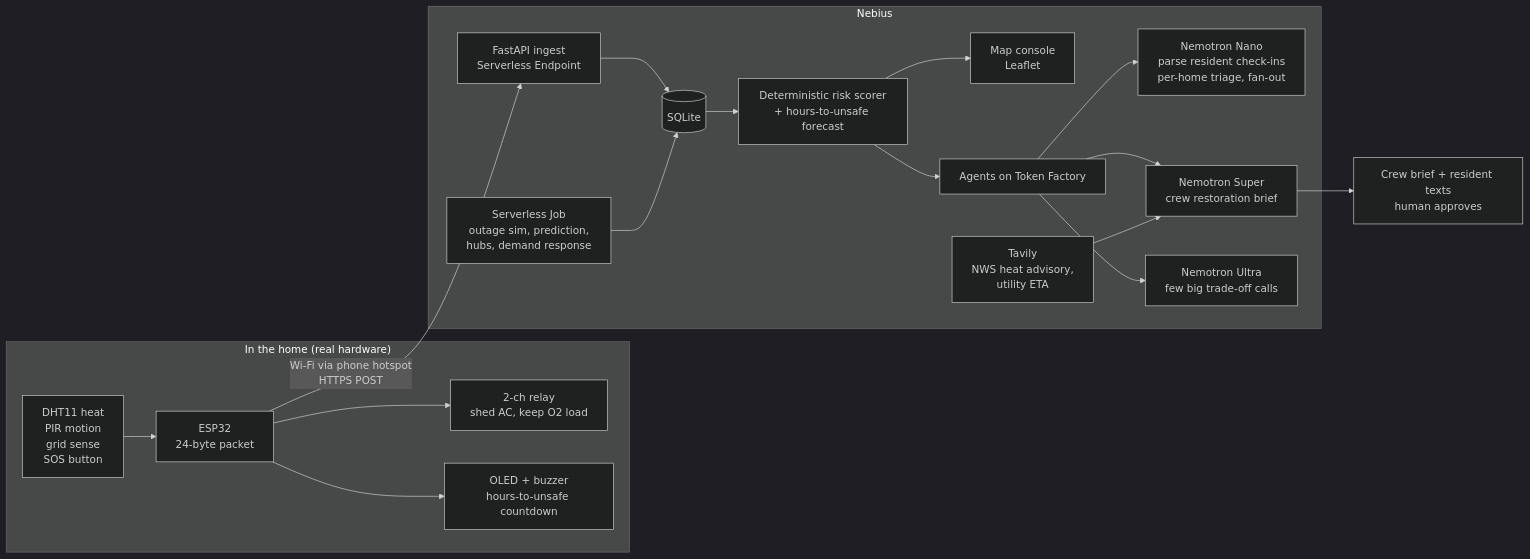
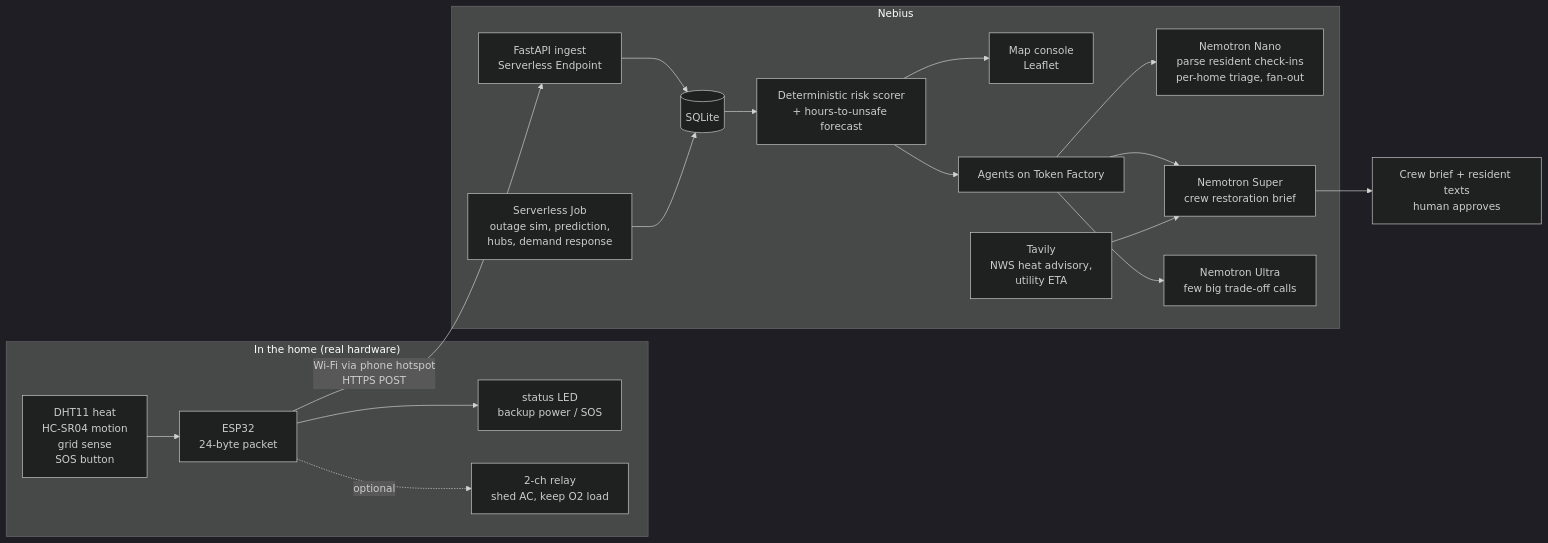
One commit to kateye31/nvidianebius-hackathon changed the diagram in docs/ARCHITECTURE.md. Above: the diagram before and after it, drawn with Mermaid (dark theme). The commit also changed other lines of this file and 4 other files, not shown here.

Commit message:
docs: honest limits, 60-second demo script, final timeline

````diff
--- a/docs/ARCHITECTURE.md
+++ b/docs/ARCHITECTURE.md
@@ -5,22 +5,22 @@
 ```mermaid
 flowchart LR
   subgraph Home["In the home (real hardware)"]
-    S[DHT11 heat<br/>PIR motion<br/>grid sense<br/>SOS button] --> E[ESP32<br/>24-byte packet]
-    E --> R[2-ch relay<br/>shed AC, keep O2 load]
-    E --> O[OLED + buzzer<br/>hours-to-unsafe countdown]
+    S[DHT11 heat<br/>HC-SR04 motion<br/>grid sense<br/>SOS button] --> E[ESP32<br/>24-byte packet]
+    E --> L[status LED<br/>backup power / SOS]
+    E -.optional.-> R[2-ch relay<br/>shed AC, keep O2 load]
   end
   E -- Wi-Fi via phone hotspot<br/>HTTPS POST --> I
 
   subgraph Nebius["Nebius"]
     I[FastAPI ingest<br/>Serverless Endpoint] --> DB[(SQLite)]
     DB --> SC[Deterministic risk scorer<br/>+ hours-to-unsafe forecast]
     SC --> M[Map console<br/>Leaflet]
     SC --> A[Agents on Token Factory]
     A --> N1[Nemotron Nano<br/>parse resident check-ins<br/>per-home triage, fan-out]
     A --> N2[Nemotron Super<br/>crew restoration brief]
     A --> N3[Nemotron Ultra<br/>few big trade-off calls]
     T[Tavily<br/>NWS heat advisory,<br/>utility ETA] --> N2
     J[Serverless Job<br/>outage sim, prediction,<br/>hubs, demand response] --> DB
   end
   N2 --> C[Crew brief + resident texts<br/>human approves]
 ```
````
